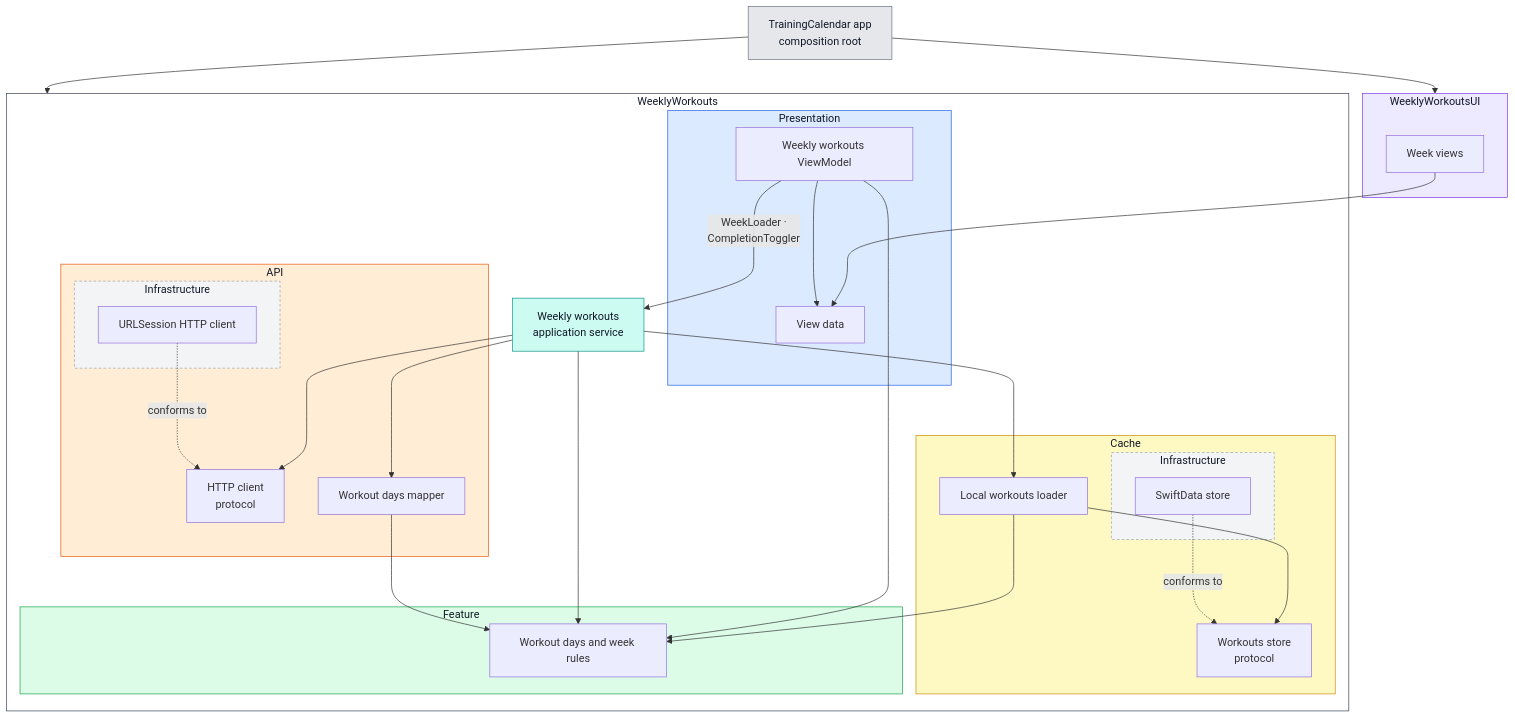
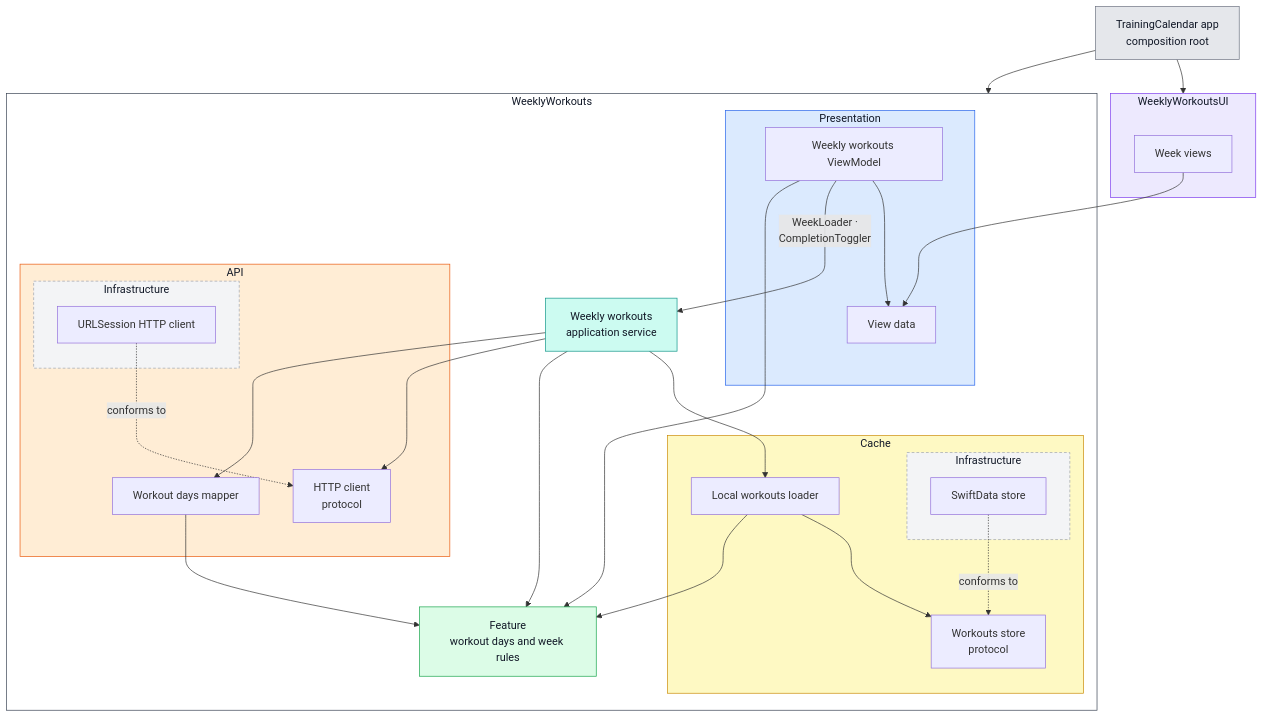
The second of 2 diagrams in README.md (tringuyen623/training-calendar), drawn with Mermaid before and after one commit.

Commit message:
Draw Feature as a single box so it doesn't stretch across the architecture diagram

````diff
--- a/README.md
+++ b/README.md
@@ -385,60 +385,58 @@
 ```mermaid
 graph TD
     App["TrainingCalendar app<br/>composition root"]
 
     subgraph UIModule["WeeklyWorkoutsUI"]
         Views["Week views"]
     end
 
     subgraph Package["WeeklyWorkouts"]
         subgraph Presentation["Presentation"]
             ViewModel["Weekly workouts ViewModel"]
             ViewData["View data"]
         end
         Service["Weekly workouts<br/>application service"]
         subgraph API["API"]
             Client["HTTP client<br/>protocol"]
             Mapper["Workout days mapper"]
             subgraph APIInfra["Infrastructure"]
                 URLSession["URLSession HTTP client"]
             end
         end
         subgraph Cache["Cache"]
             Store["Workouts store<br/>protocol"]
             Local["Local workouts loader"]
             subgraph CacheInfra["Infrastructure"]
                 SwiftData["SwiftData store"]
             end
         end
-        subgraph Feature["Feature"]
-            Domain["Workout days and week rules"]
-        end
+        Domain["Feature<br/>workout days and week rules"]
     end
 
     App --> UIModule
     App --> Package
     Views --> ViewData
     ViewModel --> ViewData
     ViewModel -- "WeekLoader ·<br/>CompletionToggler" --> Service
     ViewModel --> Domain
     Service --> Client
     Service --> Mapper
     Service --> Local
     Service --> Domain
     Mapper --> Domain
     Local --> Store
     Local --> Domain
     URLSession -. conforms to .-> Client
     SwiftData -. conforms to .-> Store
 
     style App fill:#E5E7EB,stroke:#6B7280,color:#111827
     style UIModule fill:#EDE9FE,stroke:#7C3AED,color:#111827
     style Package fill:#FFFFFF,stroke:#374151,color:#111827
     style Presentation fill:#DBEAFE,stroke:#2563EB,color:#111827
     style Service fill:#CCFBF1,stroke:#0D9488,color:#111827
-    style Feature fill:#DCFCE7,stroke:#16A34A,color:#111827
+    style Domain fill:#DCFCE7,stroke:#16A34A,color:#111827
     style API fill:#FFEDD5,stroke:#EA580C,color:#111827
     style Cache fill:#FEF9C3,stroke:#CA8A04,color:#111827
     style APIInfra fill:#F3F4F6,stroke:#9CA3AF,stroke-dasharray:4 3,color:#111827
     style CacheInfra fill:#F3F4F6,stroke:#9CA3AF,stroke-dasharray:4 3,color:#111827
 ```
````
